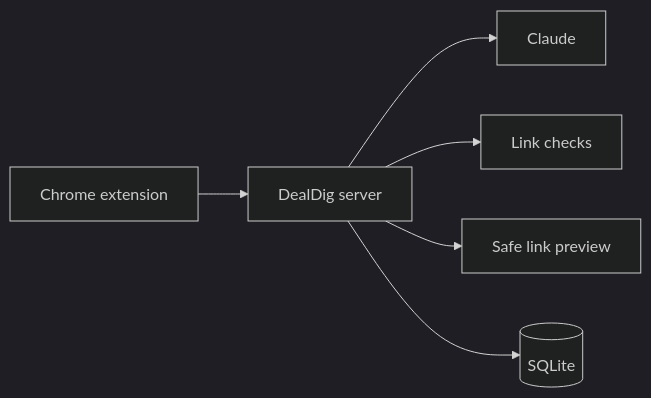
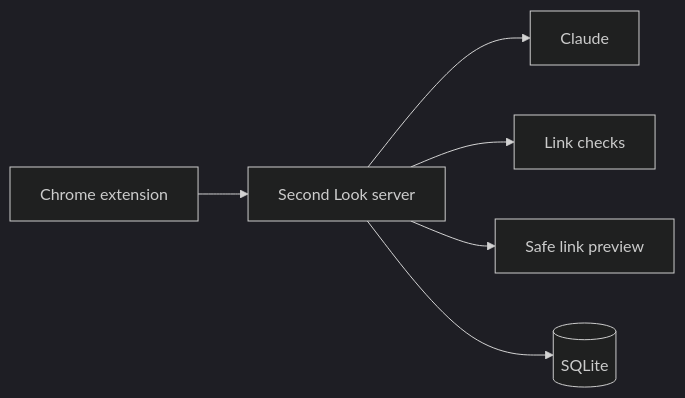
The diagram in README.md (PrishaTHE-PRO/MadHacks-2026), drawn with Mermaid (dark theme) before and after one commit. The commit also changed other lines of this file and 67 other files, not shown here.

First line of the commit message:
Rename DealDig to Second Look; remove the re-check button

````diff
--- a/README.md
+++ b/README.md
@@ -36,8 +36,8 @@
 ```mermaid
 flowchart LR
-  E[Chrome extension] --> S[DealDig server]
+  E[Chrome extension] --> S[Second Look server]
   S --> C[Claude]
   S --> L[Link checks]
   S --> B[Safe link preview]
   S --> D[(SQLite)]
 ```
````
